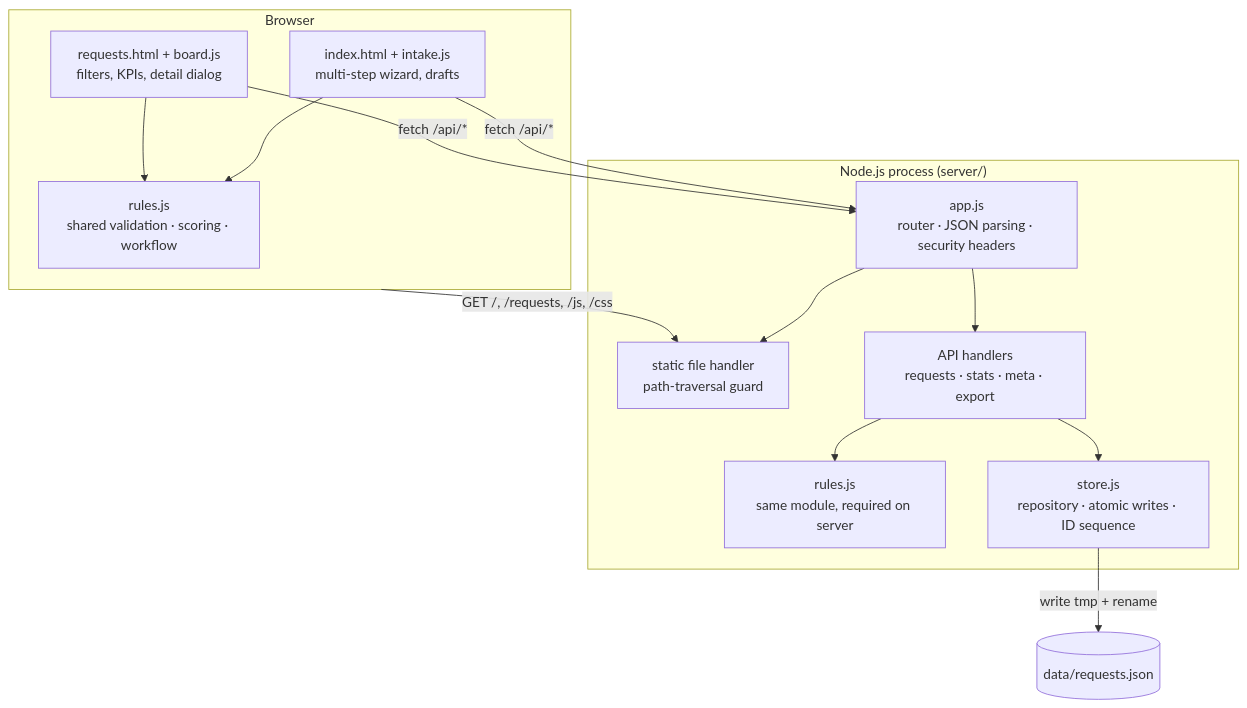
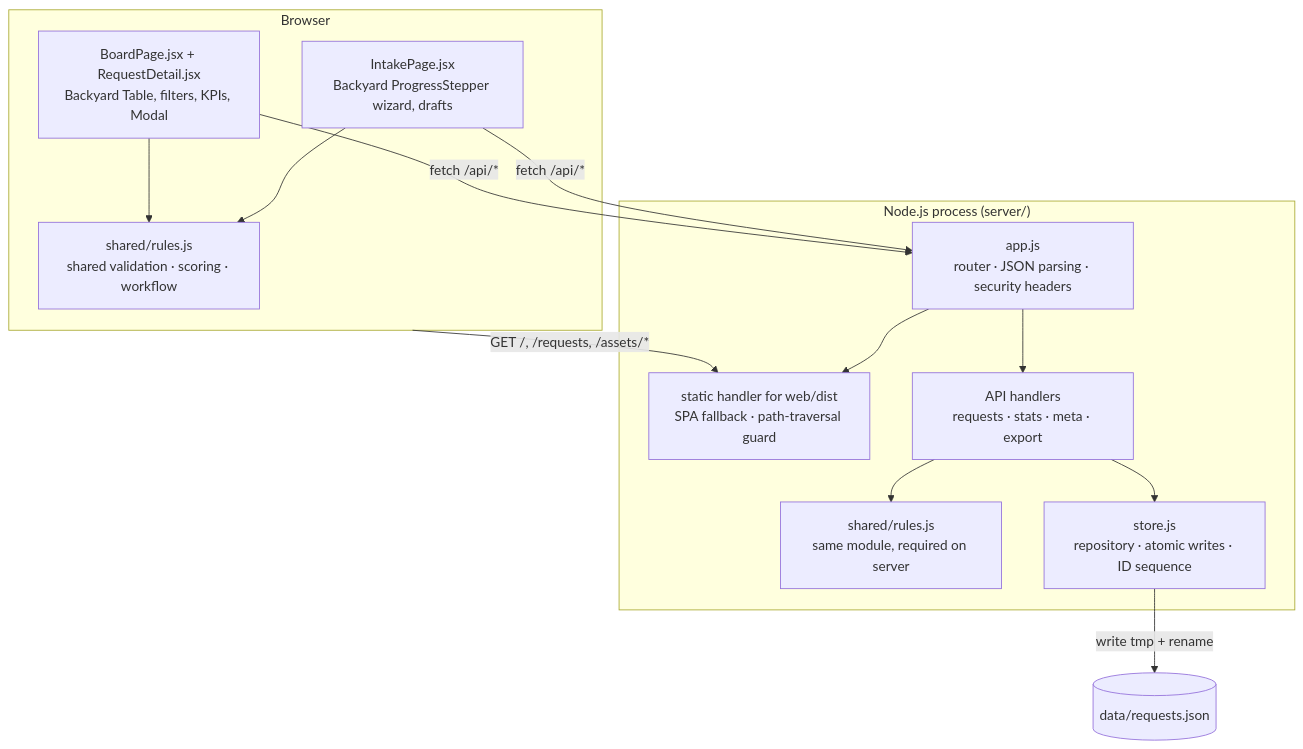
One commit to michaelmacia/featureIntake changed the diagram in docs/architecture/02-mvp-containers.mmd. Above: the diagram before and after it, drawn with Mermaid. The commit also changed 65 other files, not shown here.

First line of the commit message:
Migrate to React + Backyard, add AI-guided intake, harden server

```diff
--- a/docs/architecture/02-mvp-containers.mmd
+++ b/docs/architecture/02-mvp-containers.mmd
@@ -1,27 +1,27 @@
 flowchart TB
   subgraph Browser
-    FORM[index.html + intake.js<br/>multi-step wizard, drafts]
-    BOARD[requests.html + board.js<br/>filters, KPIs, detail dialog]
-    RULES_C[rules.js<br/>shared validation · scoring · workflow]
+    FORM[IntakePage.jsx<br/>Backyard ProgressStepper wizard, drafts]
+    BOARD[BoardPage.jsx + RequestDetail.jsx<br/>Backyard Table, filters, KPIs, Modal]
+    RULES_C[shared/rules.js<br/>shared validation · scoring · workflow]
     FORM --> RULES_C
     BOARD --> RULES_C
   end
 
   subgraph Node["Node.js process (server/)"]
     HTTP[app.js<br/>router · JSON parsing · security headers]
-    STATIC[static file handler<br/>path-traversal guard]
+    STATIC[static handler for web/dist<br/>SPA fallback · path-traversal guard]
     API[API handlers<br/>requests · stats · meta · export]
-    RULES_S[rules.js<br/>same module, required on server]
+    RULES_S[shared/rules.js<br/>same module, required on server]
     STORE[store.js<br/>repository · atomic writes · ID sequence]
     HTTP --> STATIC
     HTTP --> API
     API --> RULES_S
     API --> STORE
   end
 
   FILE[(data/requests.json)]
 
   FORM -- "fetch /api/*" --> HTTP
   BOARD -- "fetch /api/*" --> HTTP
-  Browser -- "GET /, /requests, /js, /css" --> STATIC
+  Browser -- "GET /, /requests, /assets/*" --> STATIC
   STORE -- "write tmp + rename" --> FILE
```
